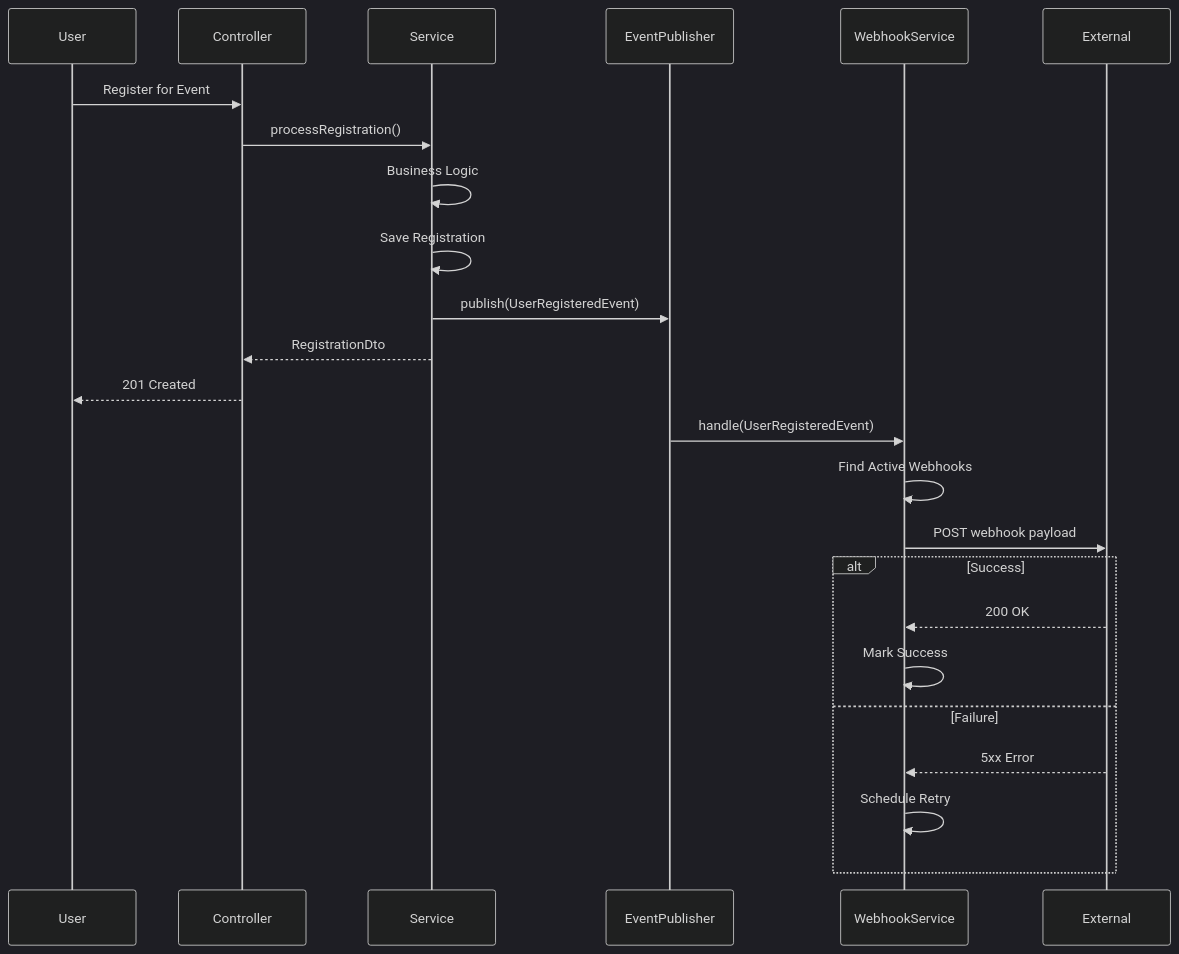
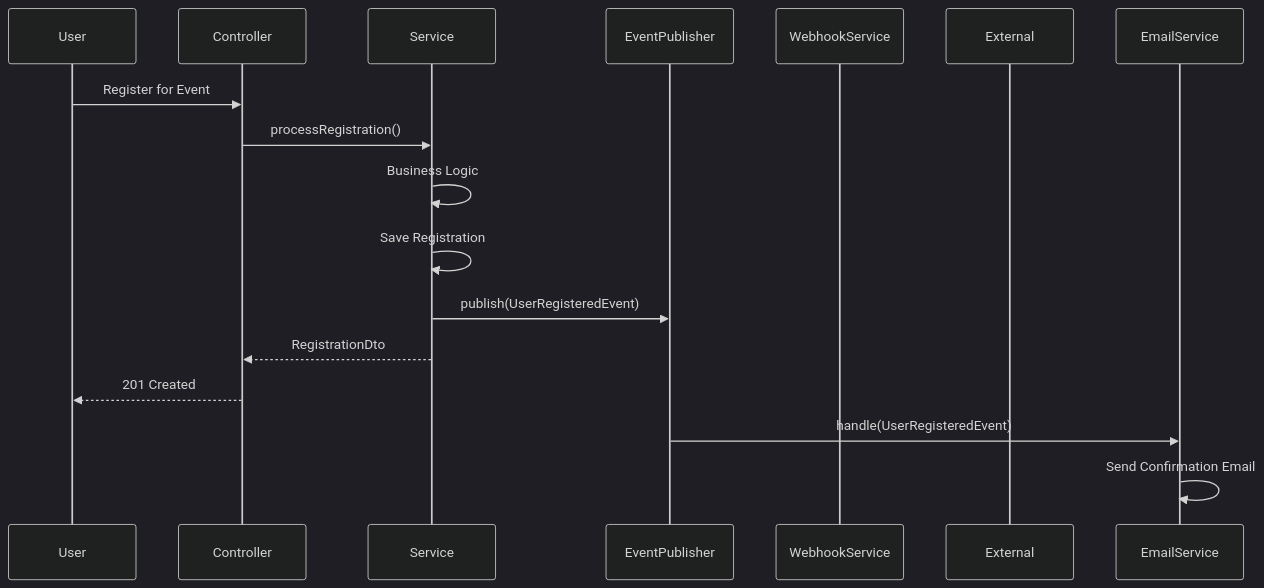
Before and after one commit to jpwhite3/eventr: the sixth of 21 diagrams in docs/architecture.md, drawn with Mermaid (dark theme). The commit also changed other lines of this file and 73 other files, not shown here.

First line of the commit message:
refactor: Modular monolith architecture with dependency updates

````diff
--- a/docs/architecture.md
+++ b/docs/architecture.md
@@ -243,29 +308,20 @@
 ```mermaid
 sequenceDiagram
     participant User
     participant Controller
     participant Service
     participant EventPublisher
     participant WebhookService
     participant External
     
     User->>Controller: Register for Event
     Controller->>Service: processRegistration()
     Service->>Service: Business Logic
     Service->>Service: Save Registration
     Service->>EventPublisher: publish(UserRegisteredEvent)
     Service-->>Controller: RegistrationDto
     Controller-->>User: 201 Created
     
-    EventPublisher->>WebhookService: handle(UserRegisteredEvent)
-    WebhookService->>WebhookService: Find Active Webhooks
-    WebhookService->>External: POST webhook payload
-    
-    alt Success
-        External-->>WebhookService: 200 OK
-        WebhookService->>WebhookService: Mark Success
-    else Failure
-        External-->>WebhookService: 5xx Error
-        WebhookService->>WebhookService: Schedule Retry
-    end
+    EventPublisher->>EmailService: handle(UserRegisteredEvent)
+    EmailService->>EmailService: Send Confirmation Email
 ```
````
